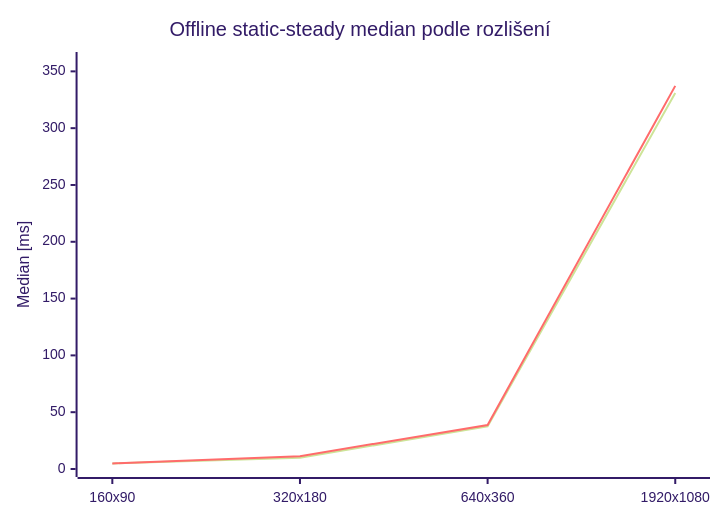
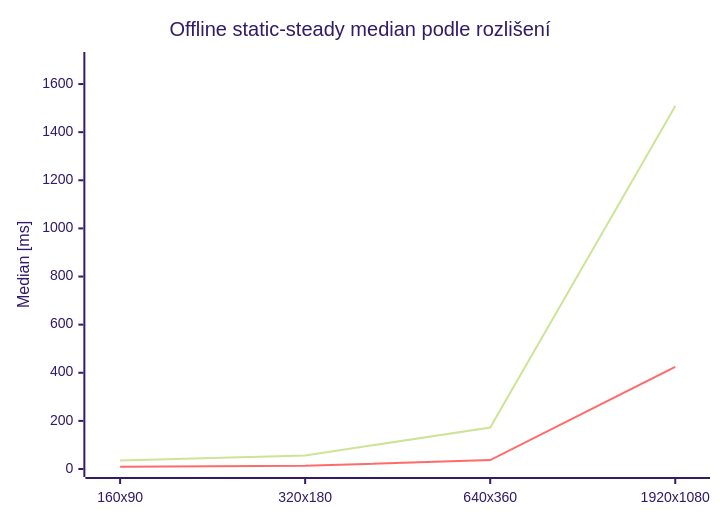
The second of 13 diagrams in README.md (Esperosa/3D-Renderer-Josefina---PGR2), drawn with Mermaid (forest theme) before and after one commit. The commit also changed other lines of this file and 112 other files, not shown here.

Commit message:
Refactor ray/path preview pipeline, HDR environments, and runtime telemetry

````diff
--- a/README.md
+++ b/README.md
@@ -246,8 +243,8 @@
 ```mermaid
 xychart-beta
-    title "Offline static-steady median podle rozlišení"
-    x-axis ["160x90", "320x180", "640x360", "1920x1080"]
-    y-axis "Median [ms]" 0 --> 360
-    line "Path Tracing" [4.81, 9.92, 37.57, 330.98]
-    line "Ray Tracing" [4.92, 11.32, 38.72, 337.22]
+  title "Offline static-steady median podle rozlišení"
+  x-axis ["160x90", "320x180", "640x360", "1920x1080"]
+  y-axis "Median [ms]" 0 --> 1700
+  line "Path Tracing" [35.11, 56.10, 172.56, 1508.33]
+  line "Ray Tracing" [9.36, 13.13, 37.10, 424.58]
 ```
````
